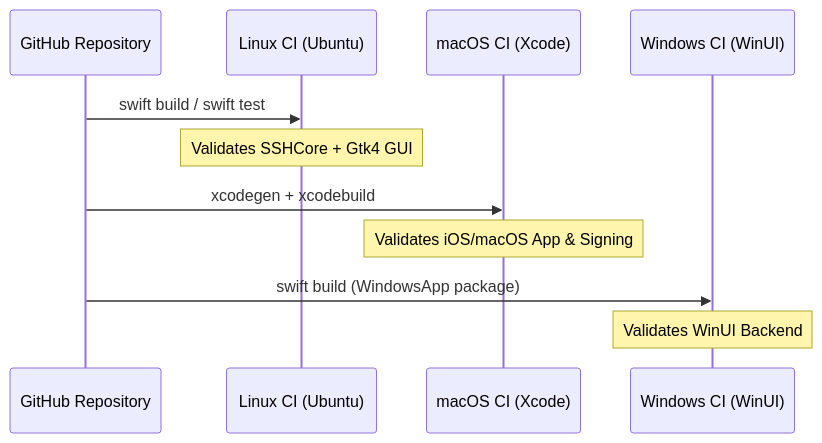
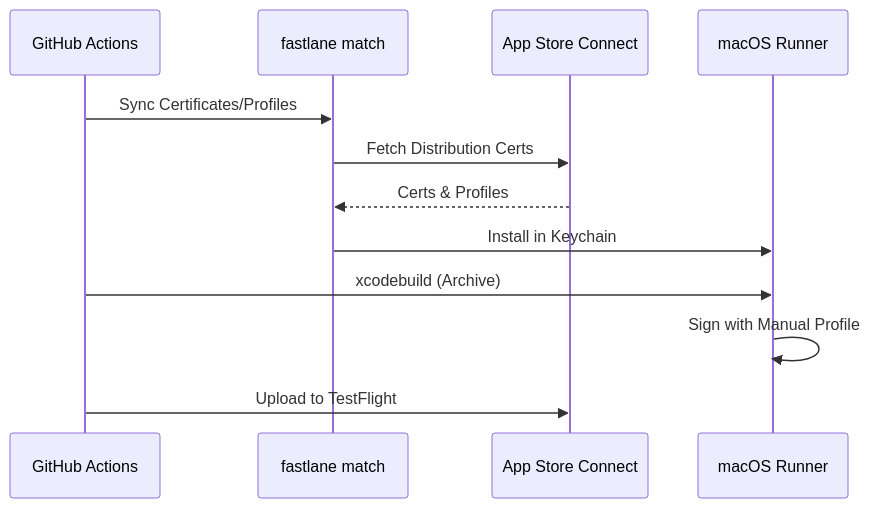
One commit to blixten85/bastion changed the second of 2 diagrams in .cubic/wiki/07-deployment-infrastructure/01-ci-cd-testflight.md. Above: the diagram before and after it, drawn with Mermaid. The commit also changed other lines of this file and 49 other files, not shown here.

````diff
--- a/.cubic/wiki/07-deployment-infrastructure/01-ci-cd-testflight.md
+++ b/.cubic/wiki/07-deployment-infrastructure/01-ci-cd-testflight.md
@@ -103,14 +73,15 @@
 ```mermaid
 sequenceDiagram
-    participant Repo as GitHub Repository
-    participant L_CI as Linux CI (Ubuntu)
-    participant M_CI as macOS CI (Xcode)
-    participant W_CI as Windows CI (WinUI)
-    
-    Repo->>L_CI: swift build / swift test
-    Note over L_CI: Validates SSHCore + Gtk4 GUI
-    Repo->>M_CI: xcodegen + xcodebuild
-    Note over M_CI: Validates iOS/macOS App & Signing
-    Repo->>W_CI: swift build (WindowsApp package)
-    Note over W_CI: Validates WinUI Backend
+    participant GHA as GitHub Actions
+    participant Match as fastlane match
+    participant Apple as App Store Connect
+    participant Runner as macOS Runner
+
+    GHA->>Match: Sync Certificates/Profiles
+    Match->>Apple: Fetch Distribution Certs
+    Apple-->>Match: Certs & Profiles
+    Match->>Runner: Install in Keychain
+    GHA->>Runner: xcodebuild (Archive)
+    Runner->>Runner: Sign with Manual Profile
+    GHA->>Apple: Upload to TestFlight
 ```
````
